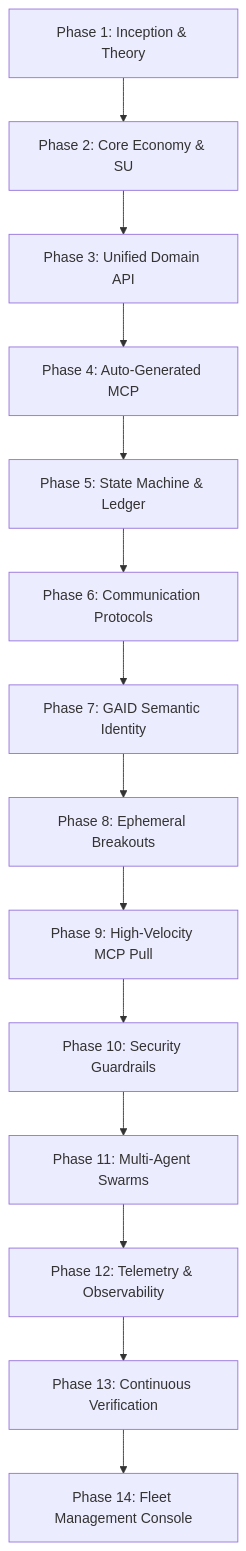
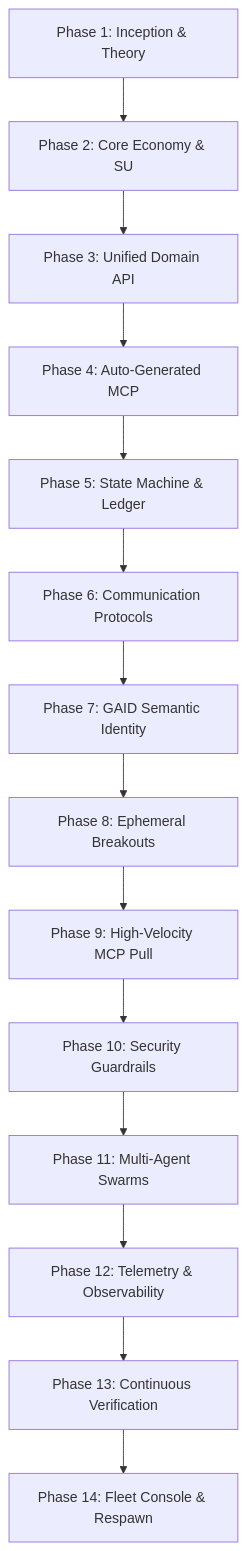
Before and after one commit to abagher2/neurohubcare-engineering: the diagram in content/posts/2026-05-01-the-14-phase-roadmap.md, drawn with Mermaid. The commit also changed other lines of this file and 4 other files, not shown here.

````diff
--- a/content/posts/2026-05-01-the-14-phase-roadmap.md
+++ b/content/posts/2026-05-01-the-14-phase-roadmap.md
@@ -61,16 +63,16 @@
 ```mermaid
 graph TD
     P1[Phase 1: Inception & Theory] --> P2[Phase 2: Core Economy & SU]
     P2 --> P3[Phase 3: Unified Domain API]
     P3 --> P4[Phase 4: Auto-Generated MCP]
     P4 --> P5[Phase 5: State Machine & Ledger]
     P5 --> P6[Phase 6: Communication Protocols]
     P6 --> P7[Phase 7: GAID Semantic Identity]
     P7 --> P8[Phase 8: Ephemeral Breakouts]
     P8 --> P9[Phase 9: High-Velocity MCP Pull]
     P9 --> P10[Phase 10: Security Guardrails]
     P10 --> P11[Phase 11: Multi-Agent Swarms]
     P11 --> P12[Phase 12: Telemetry & Observability]
     P12 --> P13[Phase 13: Continuous Verification]
-    P13 --> P14[Phase 14: Fleet Management Console]
+    P13 --> P14[Phase 14: Fleet Console & Respawn]
 ```
````
